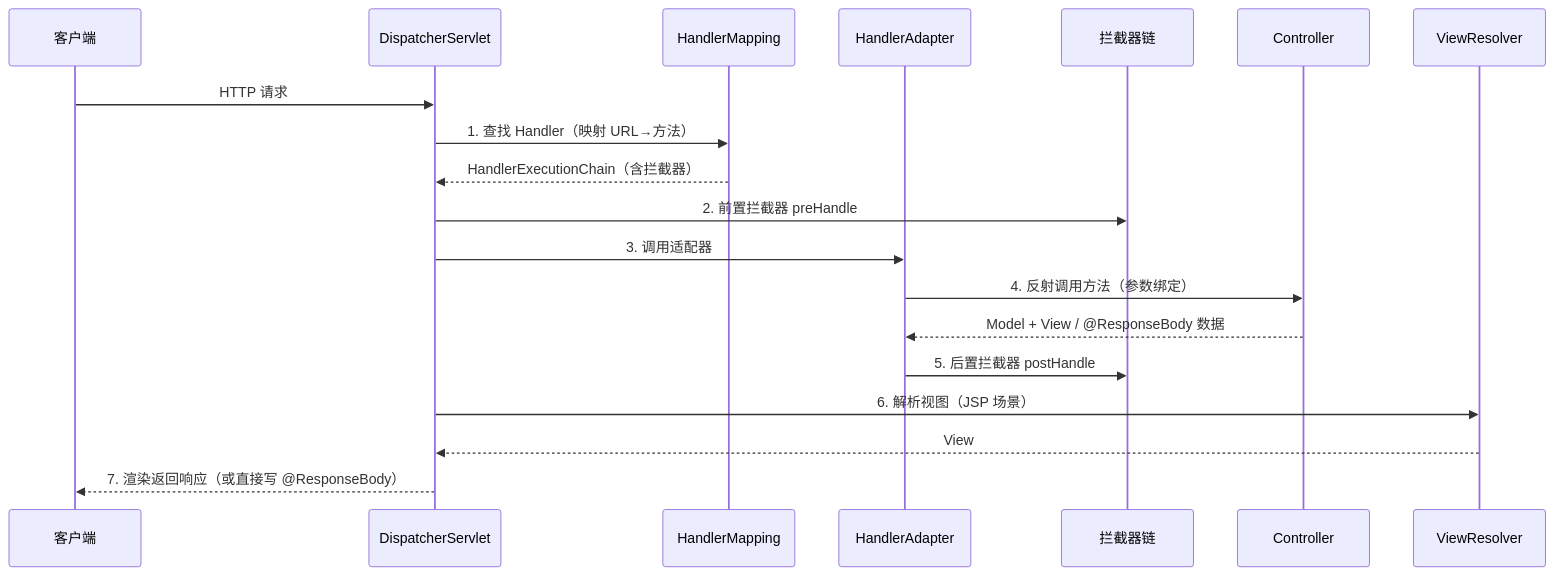
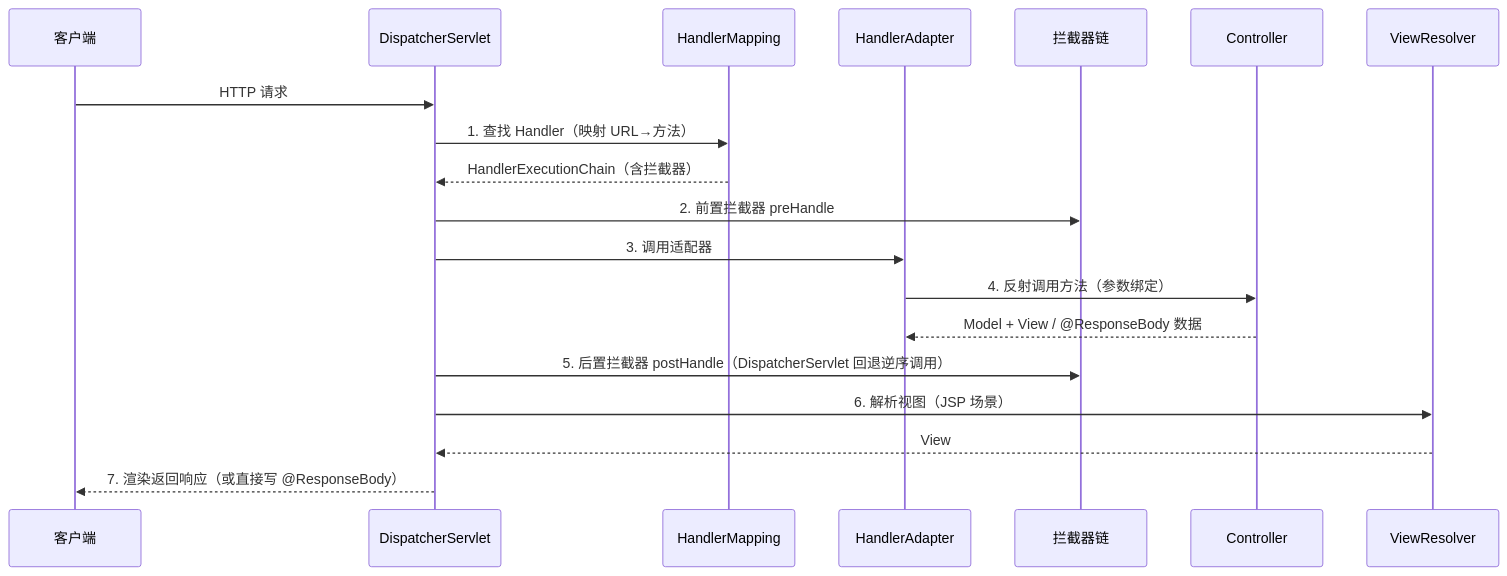
Before and after one commit to plyrlub/notebook: the diagram in Java/spring/03-SpringMVC执行流程详解.md, drawn with Mermaid. The commit also changed other lines of this file and 1 other file, not shown here.

Commit message:
同步修正postHandle归属:03/15时序图DispatcherServlet回退逆序调拦截器

````diff
--- a/Java/spring/03-SpringMVC执行流程详解.md
+++ b/Java/spring/03-SpringMVC执行流程详解.md
@@ -47,22 +47,22 @@
 ```mermaid
 sequenceDiagram
     participant C as 客户端
     participant DS as DispatcherServlet
     participant HM as HandlerMapping
     participant HA as HandlerAdapter
     participant IC as 拦截器链
     participant Ctrl as Controller
     participant VR as ViewResolver
 
     C->>DS: HTTP 请求
     DS->>HM: 1. 查找 Handler（映射 URL→方法）
     HM-->>DS: HandlerExecutionChain（含拦截器）
     DS->>IC: 2. 前置拦截器 preHandle
     DS->>HA: 3. 调用适配器
     HA->>Ctrl: 4. 反射调用方法（参数绑定）
     Ctrl-->>HA: Model + View / @ResponseBody 数据
-    HA->>IC: 5. 后置拦截器 postHandle
+    DS->>IC: 5. 后置拦截器 postHandle（DispatcherServlet 回退逆序调用）
     DS->>VR: 6. 解析视图（JSP 场景）
     VR-->>DS: View
     DS-->>C: 7. 渲染返回响应（或直接写 @ResponseBody）
 ```
````
